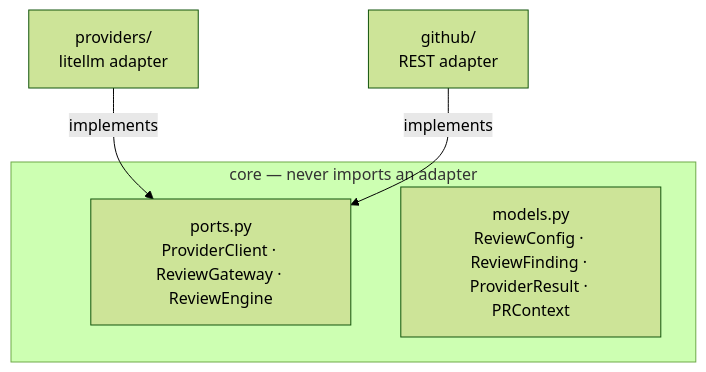
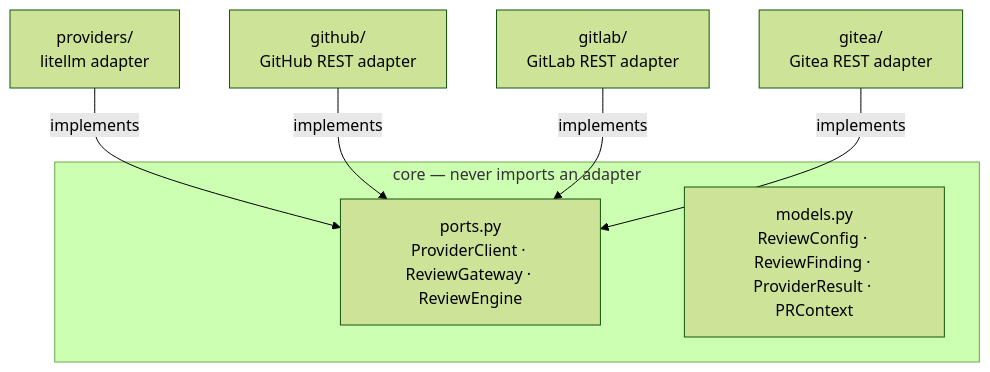
The first of 2 diagrams in docs/explanation/architecture.md (MattJColes/lgtmaybe), drawn with Mermaid (forest theme) before and after one commit. The commit also changed other lines of this file and 14 other files, not shown here.

````diff
--- a/docs/explanation/architecture.md
+++ b/docs/explanation/architecture.md
@@ -14,9 +14,11 @@
 ```mermaid
 flowchart TB
     subgraph core["core — never imports an adapter"]
         ports["ports.py<br/>ProviderClient · ReviewGateway · ReviewEngine"]
         models["models.py<br/>ReviewConfig · ReviewFinding · ProviderResult · PRContext"]
     end
     providers["providers/<br/>litellm adapter"] -- implements --> ports
-    github["github/<br/>REST adapter"] -- implements --> ports
+    github["github/<br/>GitHub REST adapter"] -- implements --> ports
+    gitlab["gitlab/<br/>GitLab REST adapter"] -- implements --> ports
+    gitea["gitea/<br/>Gitea REST adapter"] -- implements --> ports
 ```
````
